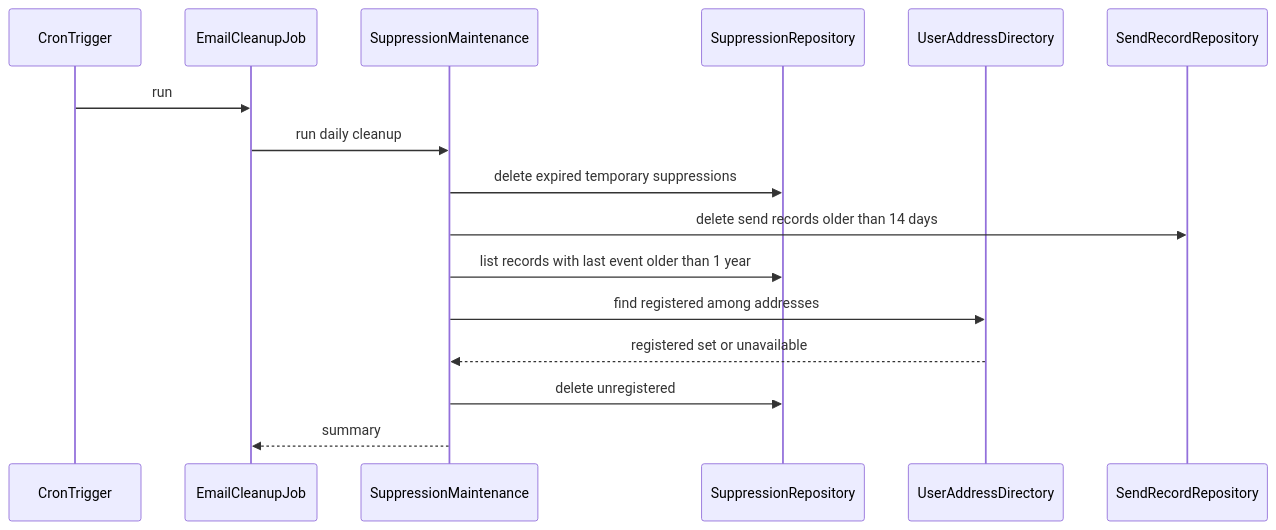
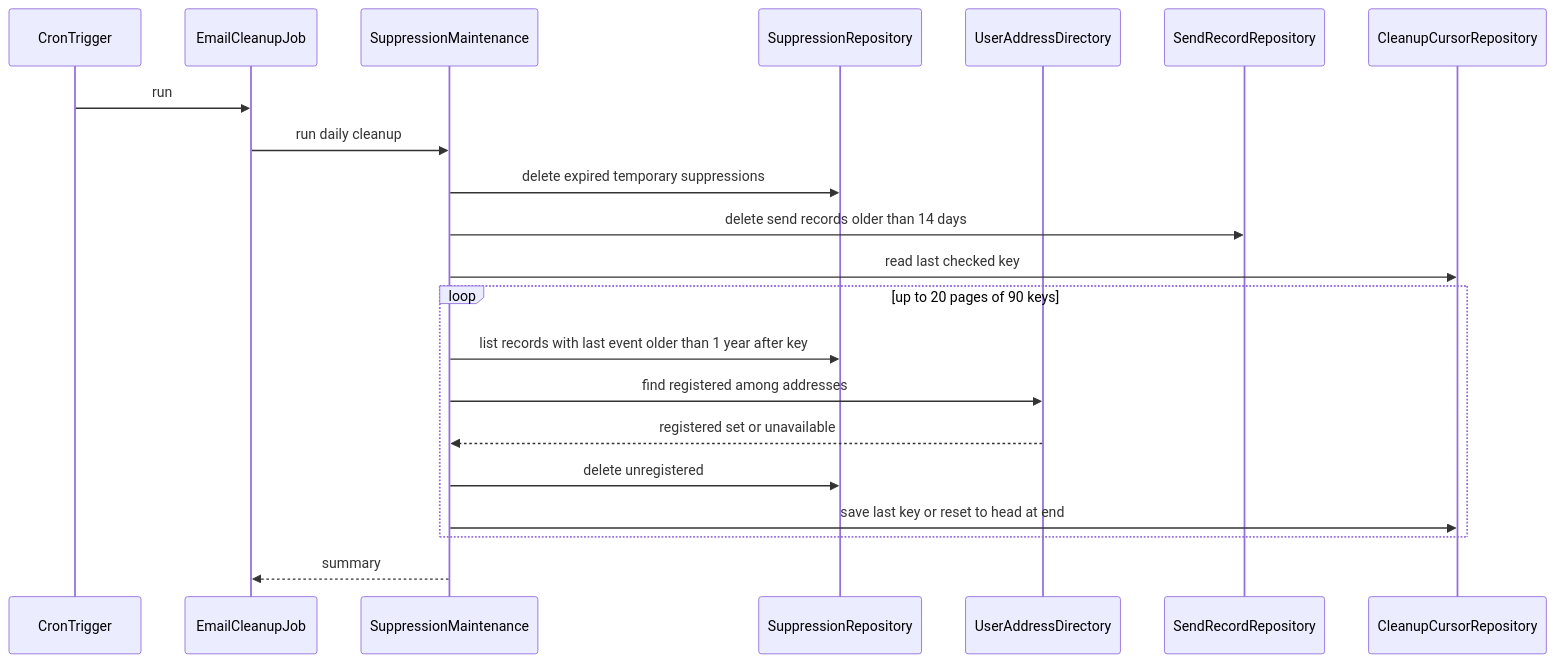
The fifth of 6 diagrams in .kiro/specs/email-delivery/design.md (kurachiweb/genai-example-2-launch-platform), drawn with Mermaid before and after one commit. The commit also changed other lines of this file and 6 other files, not shown here.

````diff
--- a/.kiro/specs/email-delivery/design.md
+++ b/.kiro/specs/email-delivery/design.md
@@ -347,18 +358,23 @@
 ```mermaid
 sequenceDiagram
     participant T as CronTrigger
     participant J as EmailCleanupJob
     participant M as SuppressionMaintenance
     participant R as SuppressionRepository
     participant U as UserAddressDirectory
     participant W as SendRecordRepository
+    participant C as CleanupCursorRepository
     T->>J: run
     J->>M: run daily cleanup
     M->>R: delete expired temporary suppressions
     M->>W: delete send records older than 14 days
-    M->>R: list records with last event older than 1 year
-    M->>U: find registered among addresses
-    U-->>M: registered set or unavailable
-    M->>R: delete unregistered
+    M->>C: read last checked key
+    loop up to 20 pages of 90 keys
+        M->>R: list records with last event older than 1 year after key
+        M->>U: find registered among addresses
+        U-->>M: registered set or unavailable
+        M->>R: delete unregistered
+        M->>C: save last key or reset to head at end
+    end
     M-->>J: summary
 ```
````
